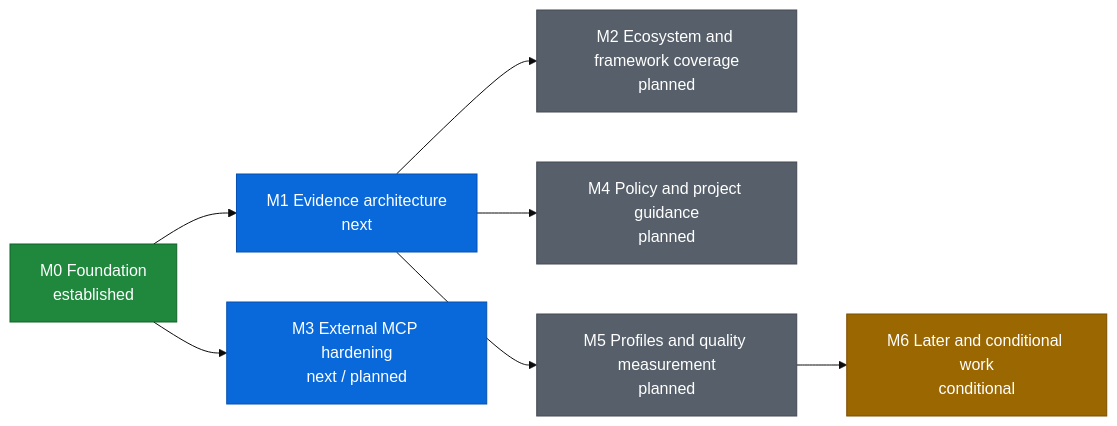
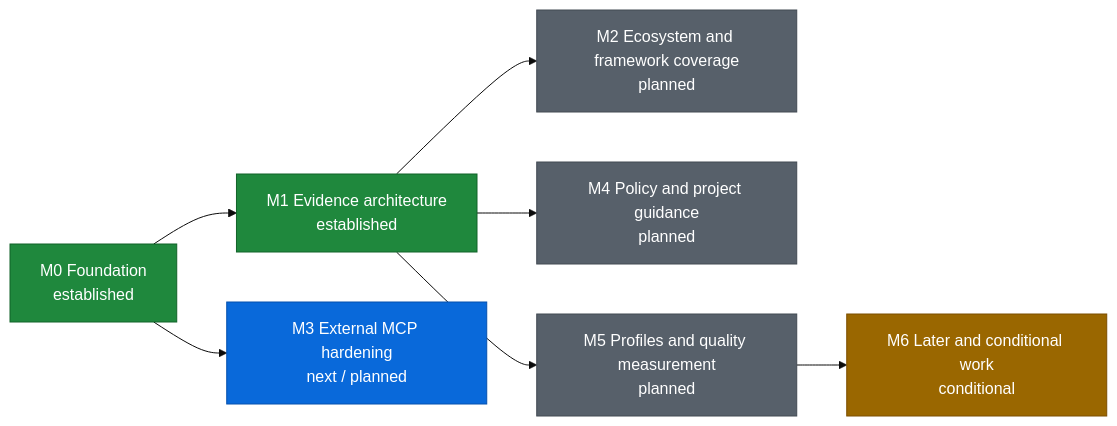
Before and after one commit to xeonvs/open-code-review-toolkit: the diagram in ROADMAP.md, drawn with Mermaid (base theme). The commit also changed other lines of this file and 2 other files, not shown here.

````diff
--- a/ROADMAP.md
+++ b/ROADMAP.md
@@ -8,19 +8,19 @@
 ```mermaid
 flowchart LR
-    M0["M0 Foundation<br/>established"] --> M1["M1 Evidence architecture<br/>next"]
+    M0["M0 Foundation<br/>established"] --> M1["M1 Evidence architecture<br/>established"]
     M0 --> M3["M3 External MCP hardening<br/>next / planned"]
     M1 --> M2["M2 Ecosystem and framework coverage<br/>planned"]
     M1 --> M4["M4 Policy and project guidance<br/>planned"]
     M1 --> M5["M5 Profiles and quality measurement<br/>planned"]
     M5 --> M6["M6 Later and conditional work<br/>conditional"]
 
     classDef established fill:#1f883d,stroke:#116329,color:#ffffff
     classDef next fill:#0969da,stroke:#0550ae,color:#ffffff
     classDef planned fill:#57606a,stroke:#424a53,color:#ffffff
     classDef conditional fill:#9a6700,stroke:#7d4e00,color:#ffffff
 
-    class M0 established
-    class M1,M3 next
+    class M0,M1 established
+    class M3 next
     class M2,M4,M5 planned
     class M6 conditional
 ```
````
